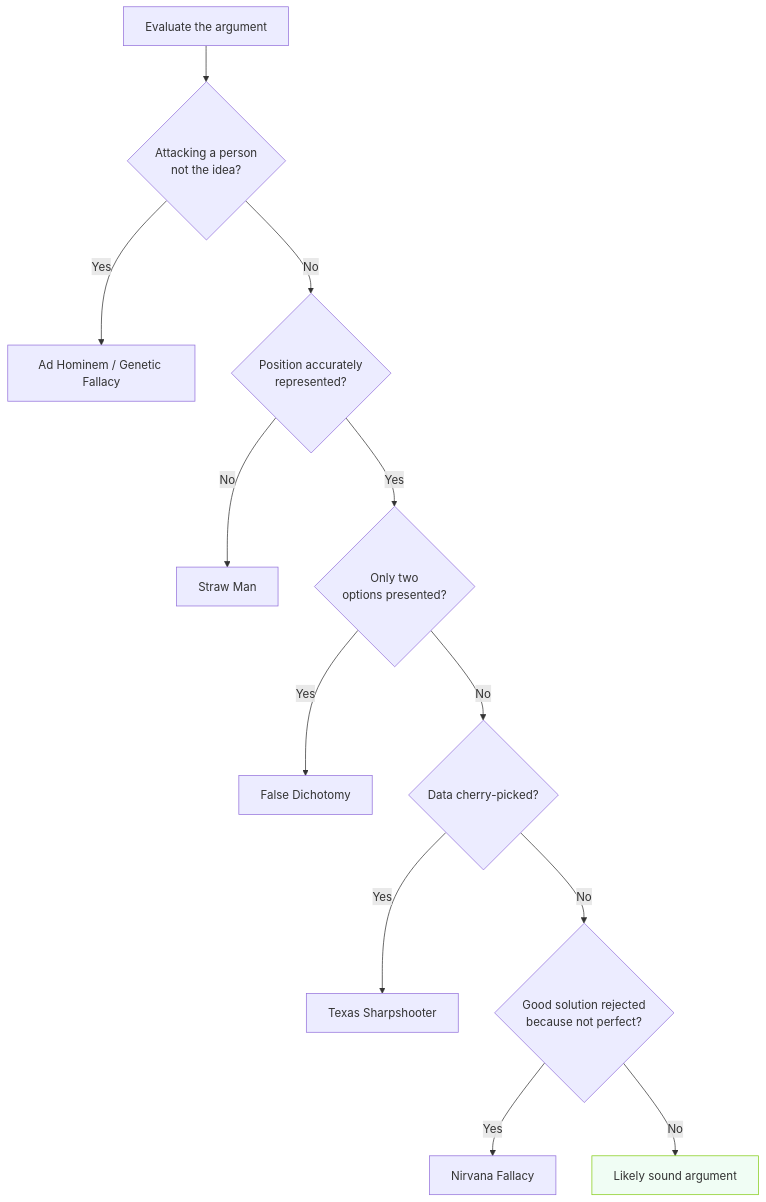
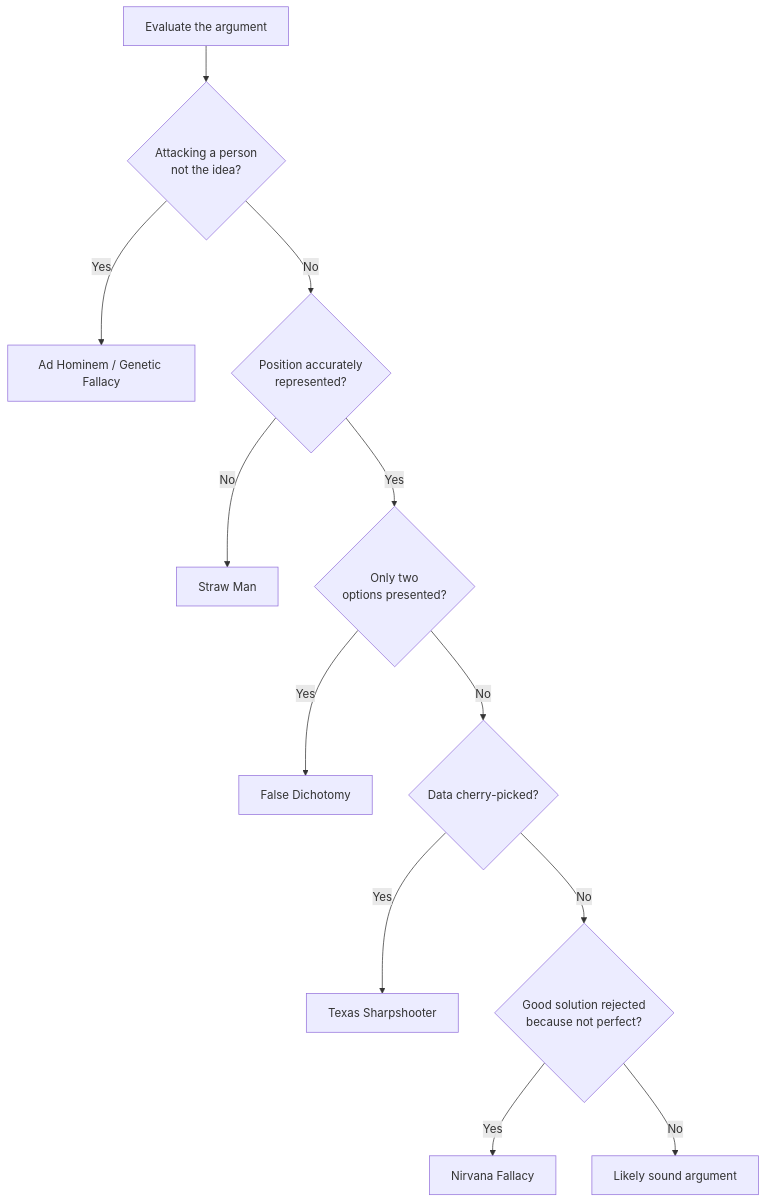
The diagram in logical-fallacies-arguments.mdx (SiliconWit/critical-thinking-engineers), drawn with Mermaid before and after one commit. The commit also changed other lines of this file and 9 other files, not shown here.

````diff
--- a/logical-fallacies-arguments.mdx
+++ b/logical-fallacies-arguments.mdx
@@ -294,15 +280,14 @@
 ```mermaid
 flowchart TD
     A[Evaluate the argument] --> B{Attacking a person\nnot the idea?}
     B -- Yes --> C[Ad Hominem / Genetic Fallacy]
     B -- No --> D{Position accurately\nrepresented?}
     D -- No --> E[Straw Man]
     D -- Yes --> F{Only two\noptions presented?}
     F -- Yes --> G[False Dichotomy]
     F -- No --> H{Data cherry-picked?}
     H -- Yes --> I[Texas Sharpshooter]
     H -- No --> J{Good solution rejected\nbecause not perfect?}
     J -- Yes --> K[Nirvana Fallacy]
     J -- No --> L[Likely sound argument]
-    style L fill:#f0fdf4,stroke:#84cc16
 ```
````
